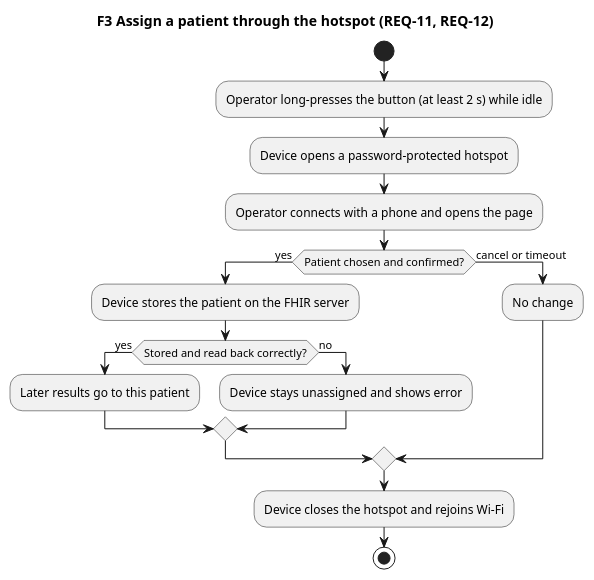
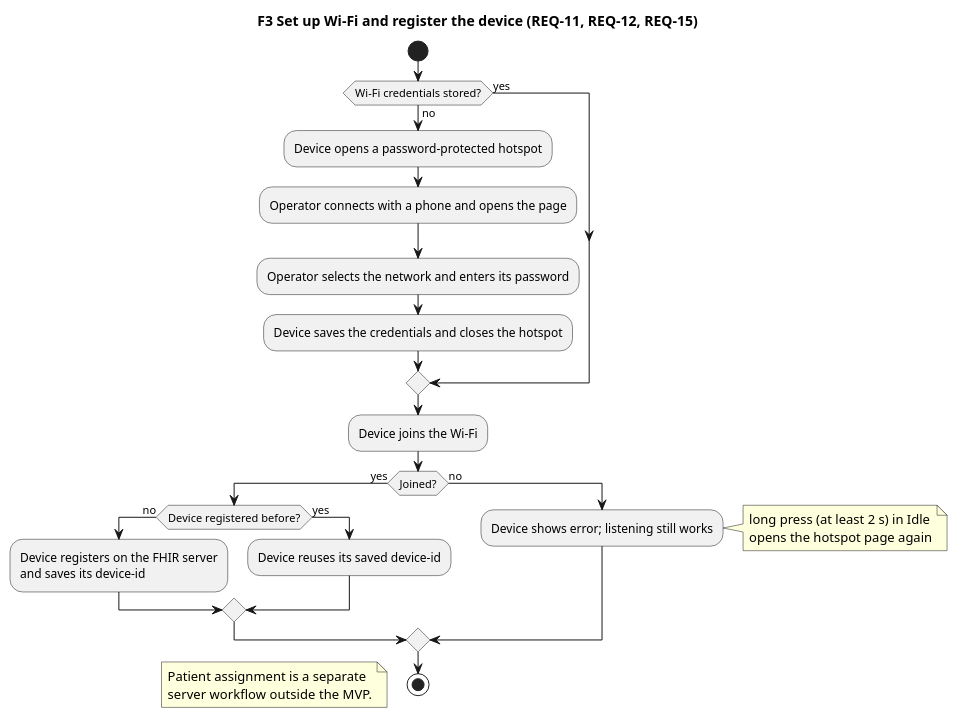
Before and after one commit to DemonicPsychoII/DigitalStethoscope: the diagram in Development/system/requirements/use-cases/uc-03-assign-patient.puml, drawn with PlantUML. The commit also changed 33 other files, not shown here.

```diff
--- a/Development/system/requirements/use-cases/uc-03-assign-patient.puml
+++ b/Development/system/requirements/use-cases/uc-03-assign-patient.puml
@@ -1,21 +1,29 @@
 @startuml uc_03_assign_patient
 skinparam shadowing false
 skinparam defaultFontName SansSerif
-title F3 Assign a patient through the hotspot (REQ-11, REQ-12)
+title F3 Set up Wi-Fi and register the device (REQ-11, REQ-12, REQ-15)
 start
-:Operator long-presses the button (at least 2 s) while idle;
-:Device opens a password-protected hotspot;
-:Operator connects with a phone and opens the page;
-if (Patient chosen and confirmed?) then (yes)
- :Device stores the patient on the FHIR server;
- if (Stored and read back correctly?) then (yes)
-  :Later results go to this patient;
- else (no)
-  :Device stays unassigned and shows error;
+if (Wi-Fi credentials stored?) then (no)
+ :Device opens a password-protected hotspot;
+ :Operator connects with a phone and opens the page;
+ :Operator selects the network and enters its password;
+ :Device saves the credentials and closes the hotspot;
+else (yes)
+endif
+:Device joins the Wi-Fi;
+if (Joined?) then (yes)
+ if (Device registered before?) then (no)
+  :Device registers on the FHIR server\nand saves its device-id;
+ else (yes)
+  :Device reuses its saved device-id;
  endif
-else (cancel or timeout)
- :No change;
+else (no)
+ :Device shows error; listening still works;
+ note right: long press (at least 2 s) in Idle\nopens the hotspot page again
 endif
-:Device closes the hotspot and rejoins Wi-Fi;
 stop
+floating note
+ Patient assignment is a separate
+ server workflow outside the MVP.
+end note
 @enduml
```
